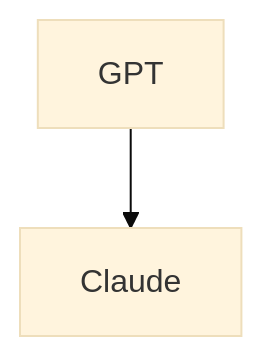
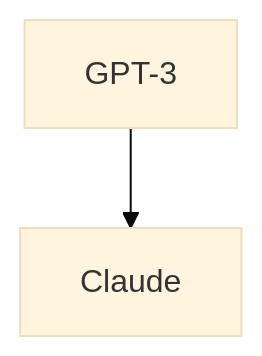
One commit to ted-sharp/chatvox changed diagram 13 of 23 in doc/llm.md. Above: the diagram before and after it, drawn with Mermaid (base theme). The commit also changed other lines of this file, not shown here.

````diff
--- a/doc/llm.md
+++ b/doc/llm.md
@@ -616,5 +630,5 @@
 ```mermaid
 flowchart
 
-GPT --> Claude
+GPT-3 --> Claude
 ```
````
